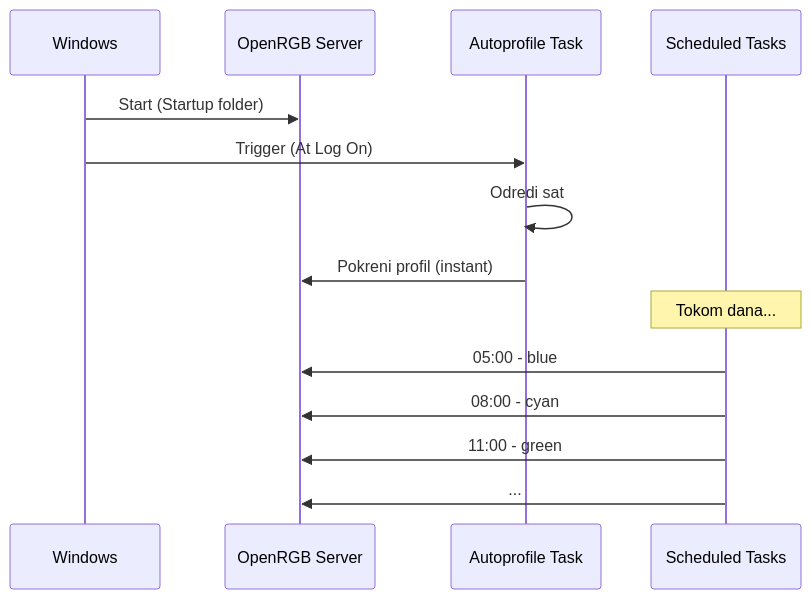
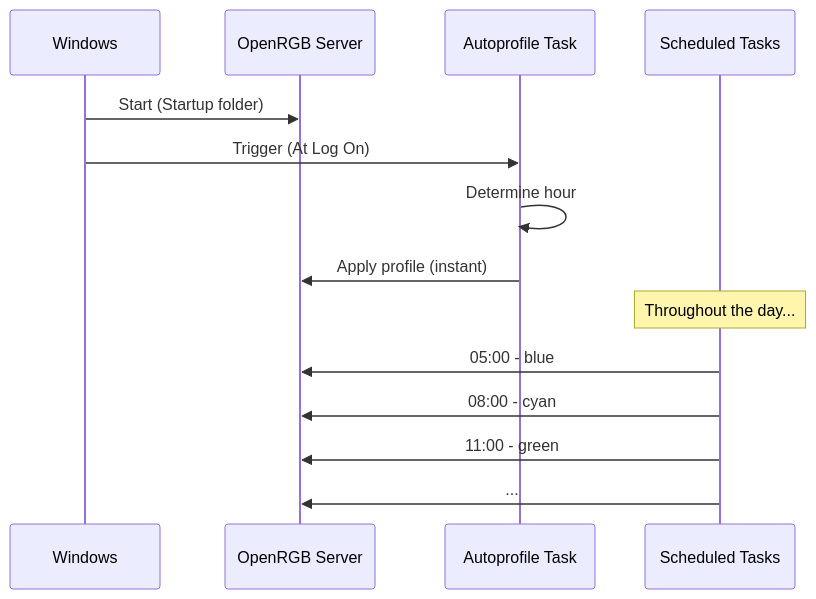
The second of 2 diagrams in README.md (UVuruna/Auto-OpenRGB), drawn with Mermaid before and after one commit. The commit also changed other lines of this file and 19 other files, not shown here.

````diff
--- a/README.md
+++ b/README.md
@@ -216,18 +231,18 @@
 ```mermaid
 sequenceDiagram
     participant W as Windows
     participant S as OpenRGB Server
     participant A as Autoprofile Task
     participant T as Scheduled Tasks
 
     W->>S: Start (Startup folder)
     W->>A: Trigger (At Log On)
-    A->>A: Odredi sat
-    A->>S: Pokreni profil (instant)
+    A->>A: Determine hour
+    A->>S: Apply profile (instant)
 
-    Note over T: Tokom dana...
+    Note over T: Throughout the day...
     T->>S: 05:00 - blue
     T->>S: 08:00 - cyan
     T->>S: 11:00 - green
     T->>S: ...
 ```
````
